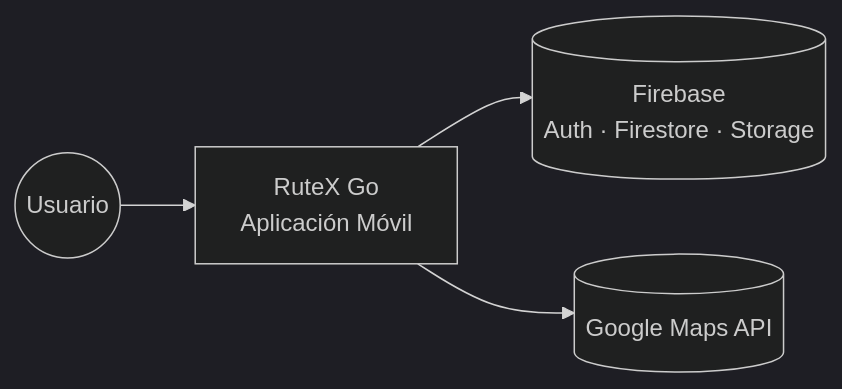
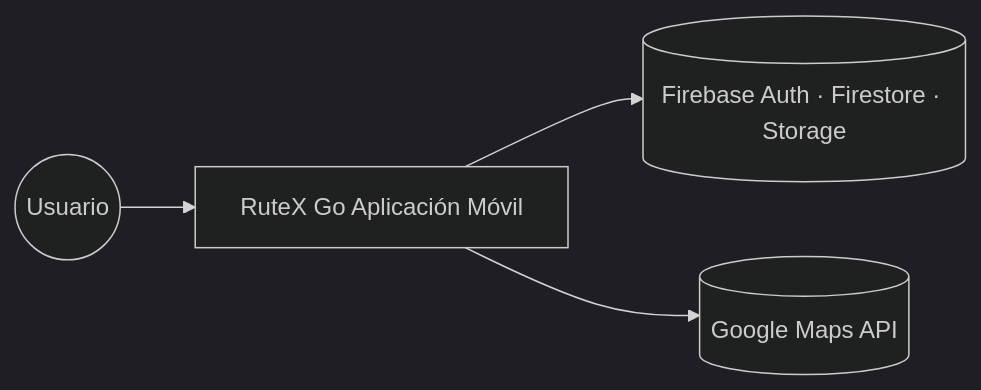
One commit to TurisTechTeam-Dev/RuteX-GO-App changed the first of 3 diagrams in docs/technical_documentation.md. Above: the diagram before and after it, drawn with Mermaid (dark theme). The commit also changed other lines of this file, not shown here.

````diff
--- a/docs/technical_documentation.md
+++ b/docs/technical_documentation.md
@@ -56,11 +56,11 @@
 ```mermaid
 flowchart LR
     User((Usuario))
-    App[RuteX Go\nAplicación Móvil]
-    Firebase[(Firebase\nAuth · Firestore · Storage)]
+    App[RuteX Go Aplicación Móvil]
+    Firebase[(Firebase Auth · Firestore · Storage)]
     Maps[(Google Maps API)]
 
     User --> App
     App --> Firebase
     App --> Maps
 ```
````
